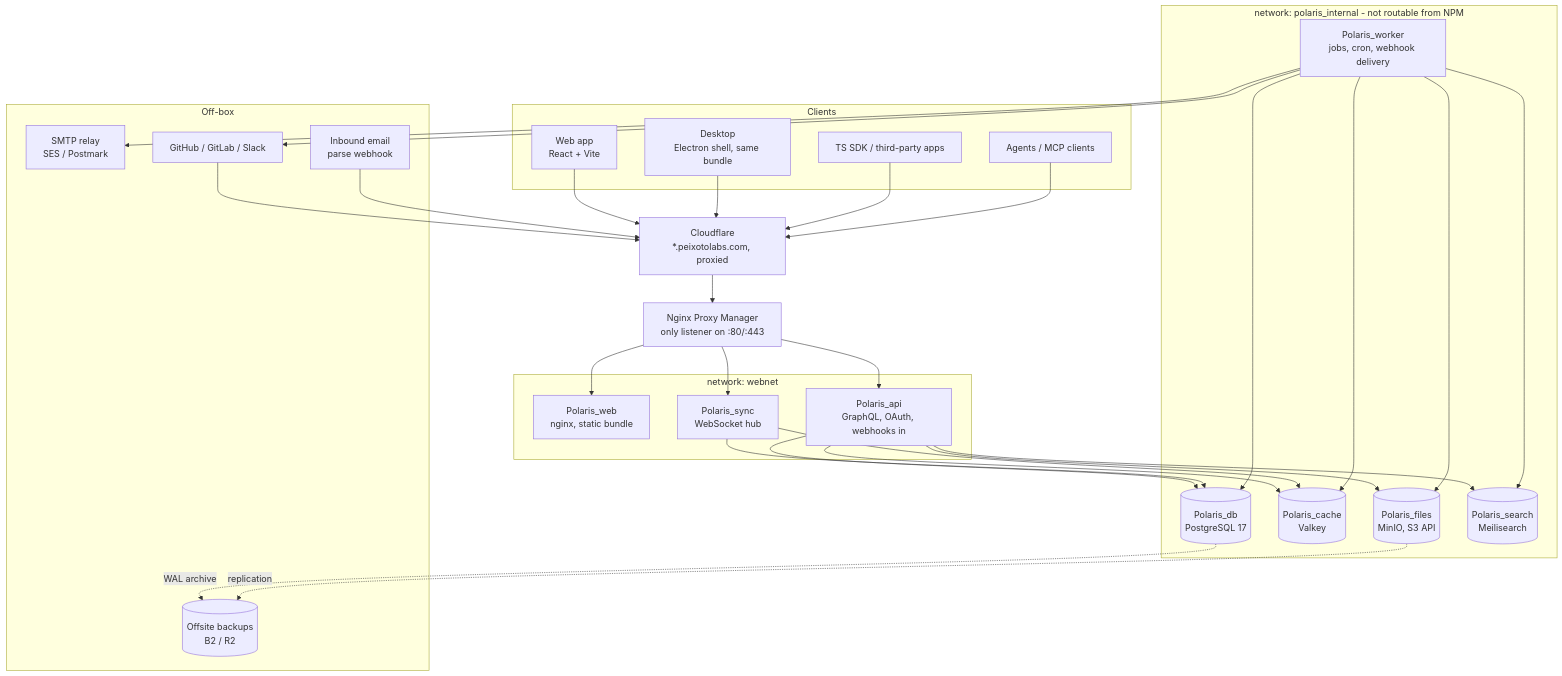
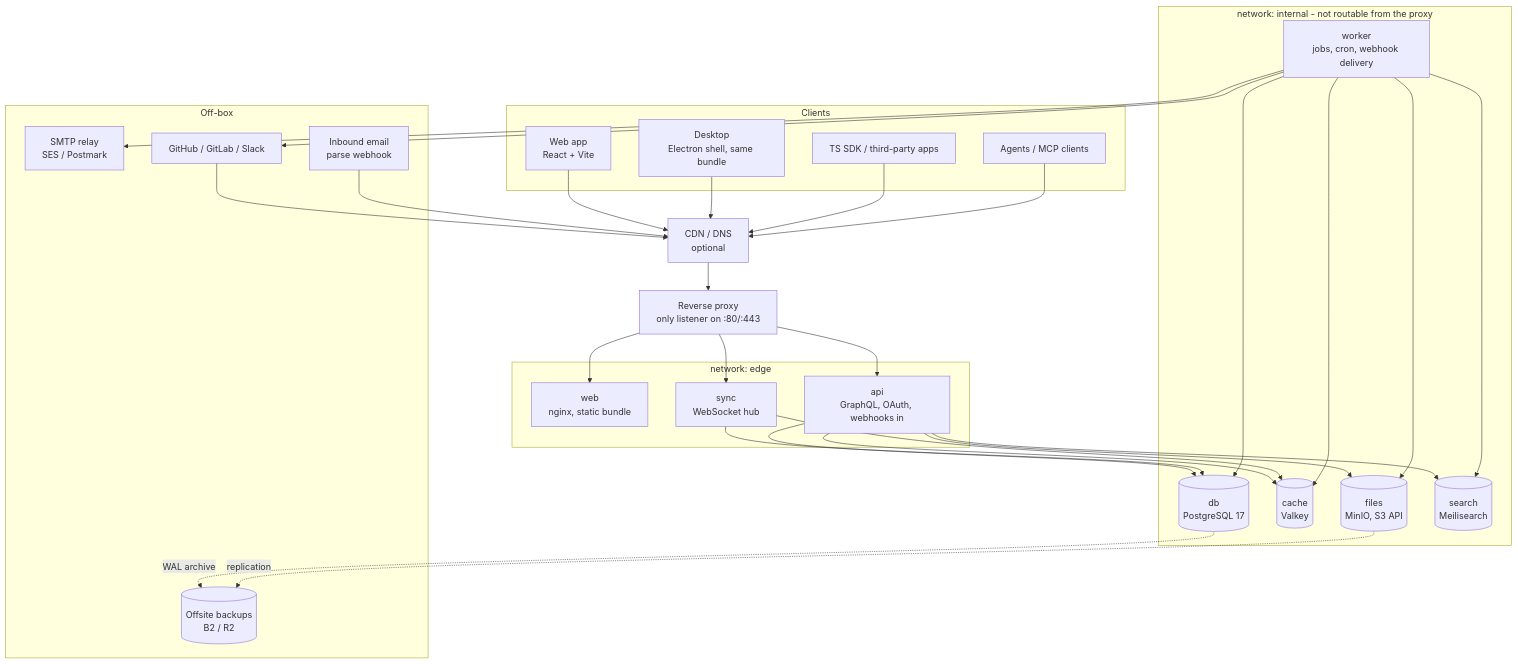
One commit to mcpeixoto/polaris changed the diagram in docs/05-infrastructure/01-architecture-overview.md. Above: the diagram before and after it, drawn with Mermaid. The commit also changed other lines of this file and 13 other files, not shown here.

````diff
--- a/docs/05-infrastructure/01-architecture-overview.md
+++ b/docs/05-infrastructure/01-architecture-overview.md
@@ -37,42 +47,42 @@
 ```mermaid
 flowchart TB
     subgraph clients [Clients]
         WEB[Web app<br/>React + Vite]
         DESK[Desktop<br/>Electron shell, same bundle]
         SDK[TS SDK / third-party apps]
         AGENT[Agents / MCP clients]
     end
 
-    CF[Cloudflare<br/>*.peixotolabs.com, proxied]
-    NPM[Nginx Proxy Manager<br/>only listener on :80/:443]
+    CF[CDN / DNS<br/>optional]
+    NPM[Reverse proxy<br/>only listener on :80/:443]
 
-    subgraph webnet [network: webnet]
-        WEBC[Polaris_web<br/>nginx, static bundle]
-        API[Polaris_api<br/>GraphQL, OAuth, webhooks in]
-        SYNC[Polaris_sync<br/>WebSocket hub]
+    subgraph edge [network: edge]
+        WEBC[web<br/>nginx, static bundle]
+        API[api<br/>GraphQL, OAuth, webhooks in]
+        SYNC[sync<br/>WebSocket hub]
     end
 
-    subgraph internal [network: polaris_internal - not routable from NPM]
-        PG[(Polaris_db<br/>PostgreSQL 17)]
-        REDIS[(Polaris_cache<br/>Valkey)]
-        FILES[(Polaris_files<br/>MinIO, S3 API)]
-        SEARCH[(Polaris_search<br/>Meilisearch)]
-        WORKER[Polaris_worker<br/>jobs, cron, webhook delivery]
+    subgraph internal [network: internal - not routable from the proxy]
+        PG[(db<br/>PostgreSQL 17)]
+        REDIS[(cache<br/>Valkey)]
+        FILES[(files<br/>MinIO, S3 API)]
+        SEARCH[(search<br/>Meilisearch)]
+        WORKER[worker<br/>jobs, cron, webhook delivery]
     end
 
     subgraph ext [Off-box]
         RELAY[SMTP relay<br/>SES / Postmark]
         INMAIL[Inbound email<br/>parse webhook]
         GIT[GitHub / GitLab / Slack]
         BAK[(Offsite backups<br/>B2 / R2)]
     end
 
     WEB & DESK & SDK & AGENT --> CF --> NPM
     NPM --> WEBC & API & SYNC
     API & SYNC & WORKER --> PG & REDIS
     API & WORKER --> FILES & SEARCH
     WORKER --> RELAY & GIT
     GIT & INMAIL --> CF
     PG -.WAL archive.-> BAK
     FILES -.replication.-> BAK
 ```
````
